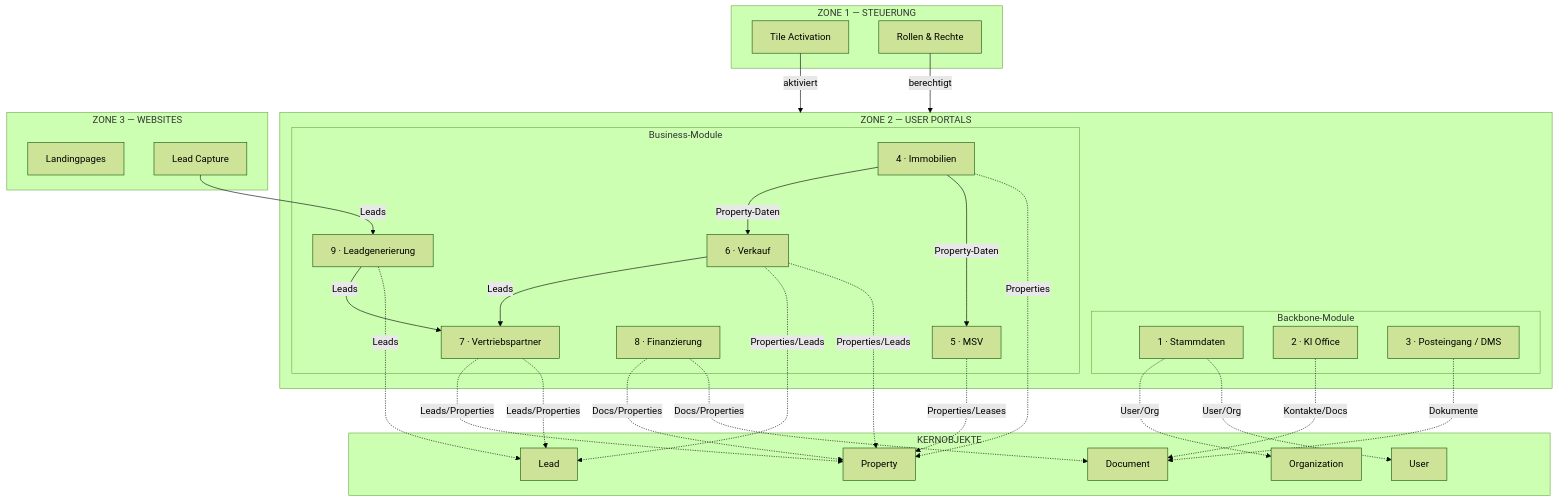
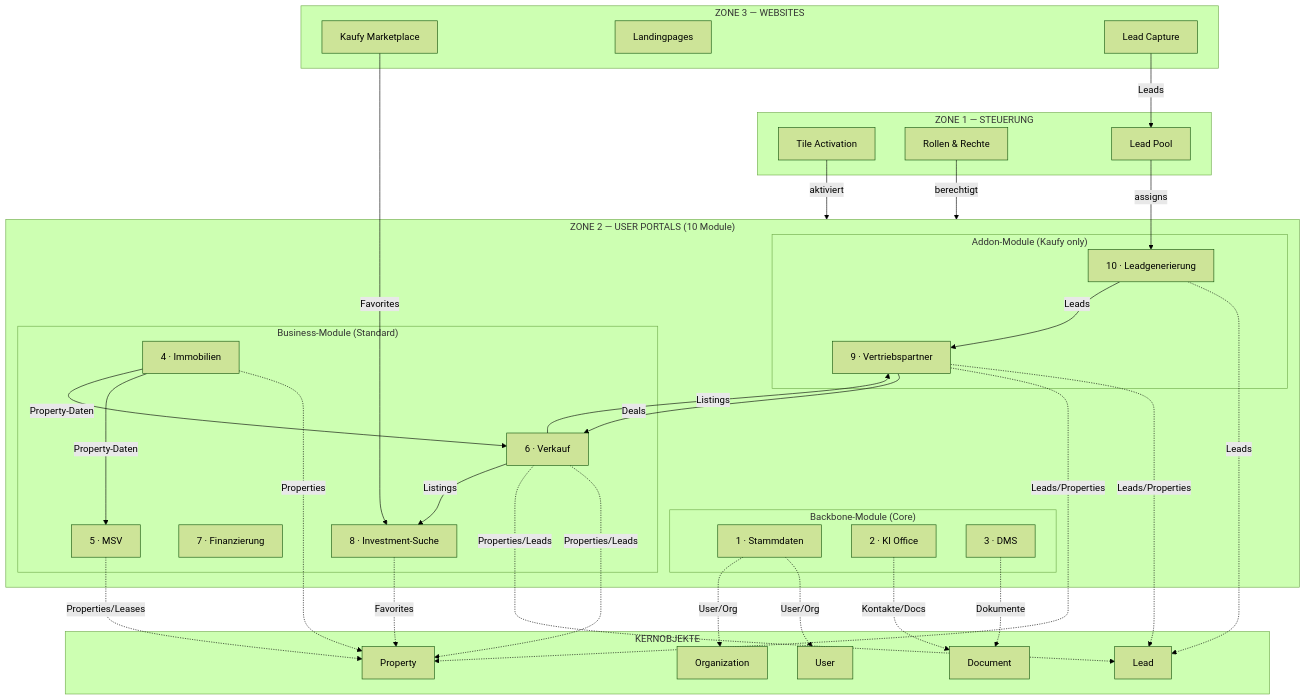
One commit to thomasstelzl1981/town-square-platform changed the diagram in docs/architecture/A3_Zone2_ModuleStructure.md. Above: the diagram before and after it, drawn with Mermaid (forest theme). The commit also changed other lines of this file and 4 other files, not shown here.

````diff
--- a/docs/architecture/A3_Zone2_ModuleStructure.md
+++ b/docs/architecture/A3_Zone2_ModuleStructure.md
@@ -204,65 +208,74 @@
 ```mermaid
 flowchart TB
     subgraph Z1["ZONE 1 — STEUERUNG"]
         Z1_TILE["Tile Activation"]
         Z1_ROLES["Rollen & Rechte"]
+        Z1_POOL["Lead Pool"]
     end
 
-    subgraph Z2["ZONE 2 — USER PORTALS"]
-        subgraph BACKBONE["Backbone-Module"]
+    subgraph Z2["ZONE 2 — USER PORTALS (10 Module)"]
+        subgraph BACKBONE["Backbone-Module (Core)"]
             M1["1 · Stammdaten"]
             M2["2 · KI Office"]
-            M3["3 · Posteingang / DMS"]
+            M3["3 · DMS"]
         end
 
-        subgraph BUSINESS["Business-Module"]
+        subgraph BUSINESS["Business-Module (Standard)"]
             M4["4 · Immobilien"]
             M5["5 · MSV"]
             M6["6 · Verkauf"]
-            M7["7 · Vertriebspartner"]
-            M8["8 · Finanzierung"]
-            M9["9 · Leadgenerierung"]
+            M7["7 · Finanzierung"]
+            M8["8 · Investment-Suche"]
+        end
+
+        subgraph ADDON["Addon-Module (Kaufy only)"]
+            M9["9 · Vertriebspartner"]
+            M10["10 · Leadgenerierung"]
         end
     end
 
     subgraph Z3["ZONE 3 — WEBSITES"]
+        Z3_KAUFY["Kaufy Marketplace"]
         Z3_LP["Landingpages"]
         Z3_LC["Lead Capture"]
     end
 
     subgraph CORE["KERNOBJEKTE"]
         C_ORG["Organization"]
         C_USR["User"]
         C_PROP["Property"]
         C_LEAD["Lead"]
         C_DOC["Document"]
     end
 
     %% Zone 1 Steuerung
     Z1_TILE -->|aktiviert| Z2
     Z1_ROLES -->|berechtigt| Z2
+    Z1_POOL -->|assigns| M10
 
     %% Zone 3 Lead-Zufluss
-    Z3_LC -->|Leads| M9
+    Z3_LC -->|Leads| Z1_POOL
+    Z3_KAUFY -->|Favorites| M8
 
-    %% Modul-Kernobjekt-Beziehungen (fachlich)
+    %% Modul-Kernobjekt-Beziehungen
     M1 -.->|User/Org| C_USR
     M1 -.->|User/Org| C_ORG
     M2 -.->|Kontakte/Docs| C_DOC
     M3 -.->|Dokumente| C_DOC
     M4 -.->|Properties| C_PROP
     M5 -.->|Properties/Leases| C_PROP
     M6 -.->|Properties/Leads| C_PROP
     M6 -.->|Properties/Leads| C_LEAD
-    M7 -.->|Leads/Properties| C_LEAD
-    M7 -.->|Leads/Properties| C_PROP
-    M8 -.->|Docs/Properties| C_DOC
-    M8 -.->|Docs/Properties| C_PROP
-    M9 -.->|Leads| C_LEAD
+    M8 -.->|Favorites| C_PROP
+    M9 -.->|Leads/Properties| C_LEAD
+    M9 -.->|Leads/Properties| C_PROP
+    M10 -.->|Leads| C_LEAD
 
     %% Interne fachliche Beziehungen
     M4 -->|Property-Daten| M5
     M4 -->|Property-Daten| M6
-    M6 -->|Leads| M7
-    M9 -->|Leads| M7
+    M6 -->|Listings| M9
+    M6 -->|Listings| M8
+    M10 -->|Leads| M9
+    M9 -->|Deals| M6
 ```
````
